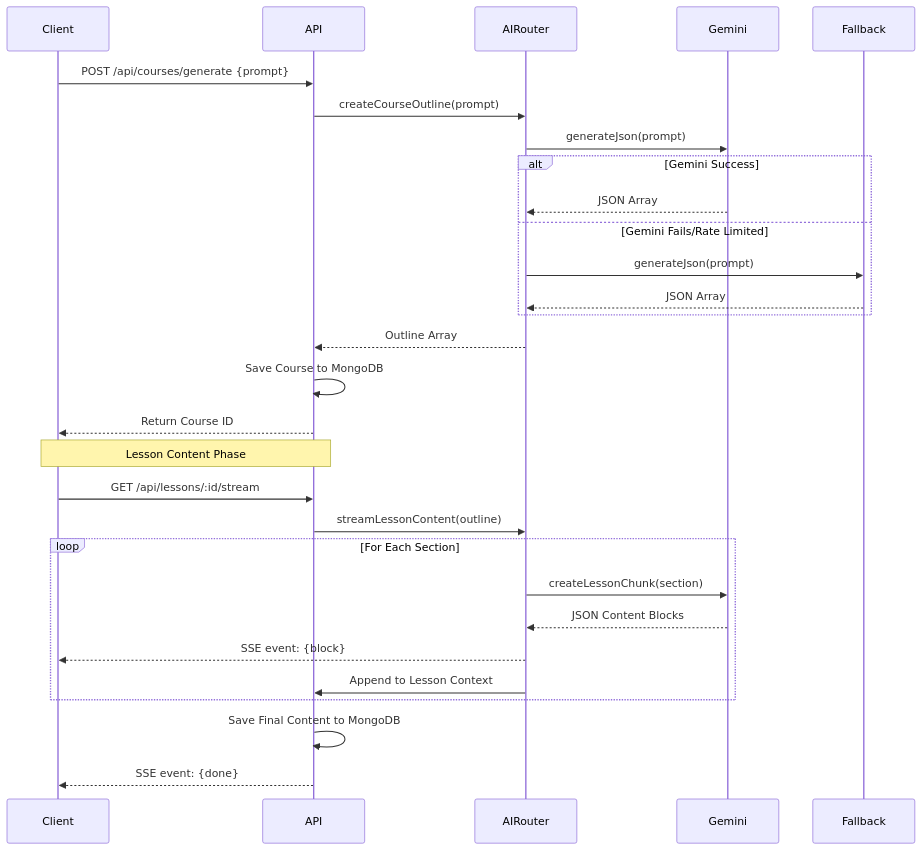
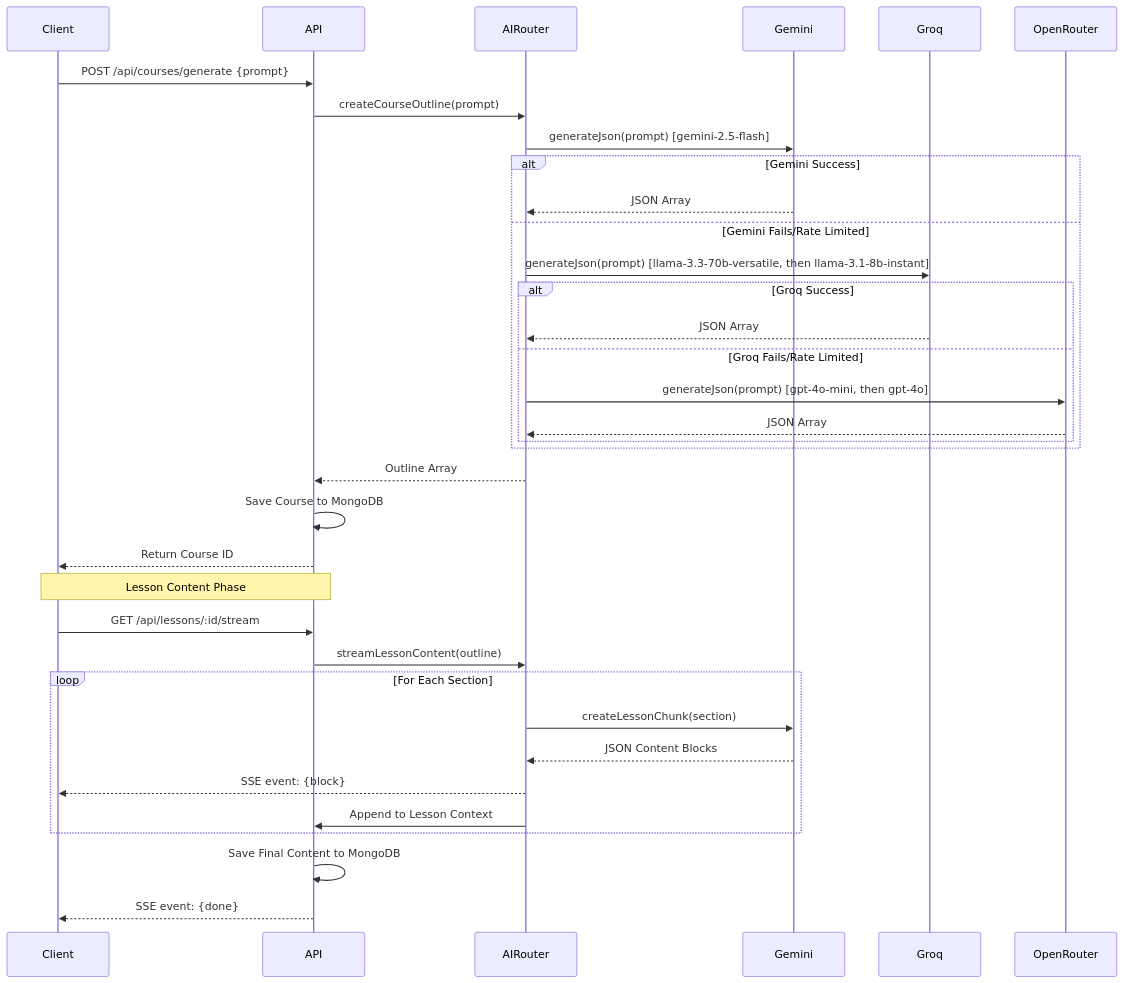
Before and after one commit to rahulpaul-07/smart-course-generator: the diagram in docs/architecture/ai.md, drawn with Mermaid. The commit also changed 31 other files, not shown here.

````diff
--- a/docs/architecture/ai.md
+++ b/docs/architecture/ai.md
@@ -3,34 +3,40 @@
 ```mermaid
 sequenceDiagram
     participant Client
     participant API
     participant AIRouter
     participant Gemini
-    participant Fallback
+    participant Groq
+    participant OpenRouter
     
     Client->>API: POST /api/courses/generate {prompt}
     API->>AIRouter: createCourseOutline(prompt)
-    AIRouter->>Gemini: generateJson(prompt)
+    AIRouter->>Gemini: generateJson(prompt) [gemini-2.5-flash]
     alt Gemini Success
         Gemini-->>AIRouter: JSON Array
     else Gemini Fails/Rate Limited
-        AIRouter->>Fallback: generateJson(prompt)
-        Fallback-->>AIRouter: JSON Array
+        AIRouter->>Groq: generateJson(prompt) [llama-3.3-70b-versatile, then llama-3.1-8b-instant]
+        alt Groq Success
+            Groq-->>AIRouter: JSON Array
+        else Groq Fails/Rate Limited
+            AIRouter->>OpenRouter: generateJson(prompt) [gpt-4o-mini, then gpt-4o]
+            OpenRouter-->>AIRouter: JSON Array
+        end
     end
     AIRouter-->>API: Outline Array
     API->>API: Save Course to MongoDB
     API-->>Client: Return Course ID
     
     note over Client,API: Lesson Content Phase
     
     Client->>API: GET /api/lessons/:id/stream
     API->>AIRouter: streamLessonContent(outline)
     loop For Each Section
         AIRouter->>Gemini: createLessonChunk(section)
         Gemini-->>AIRouter: JSON Content Blocks
         AIRouter-->>Client: SSE event: {block}
         AIRouter->>API: Append to Lesson Context
     end
     API->>API: Save Final Content to MongoDB
     API-->>Client: SSE event: {done}
 ```
````
